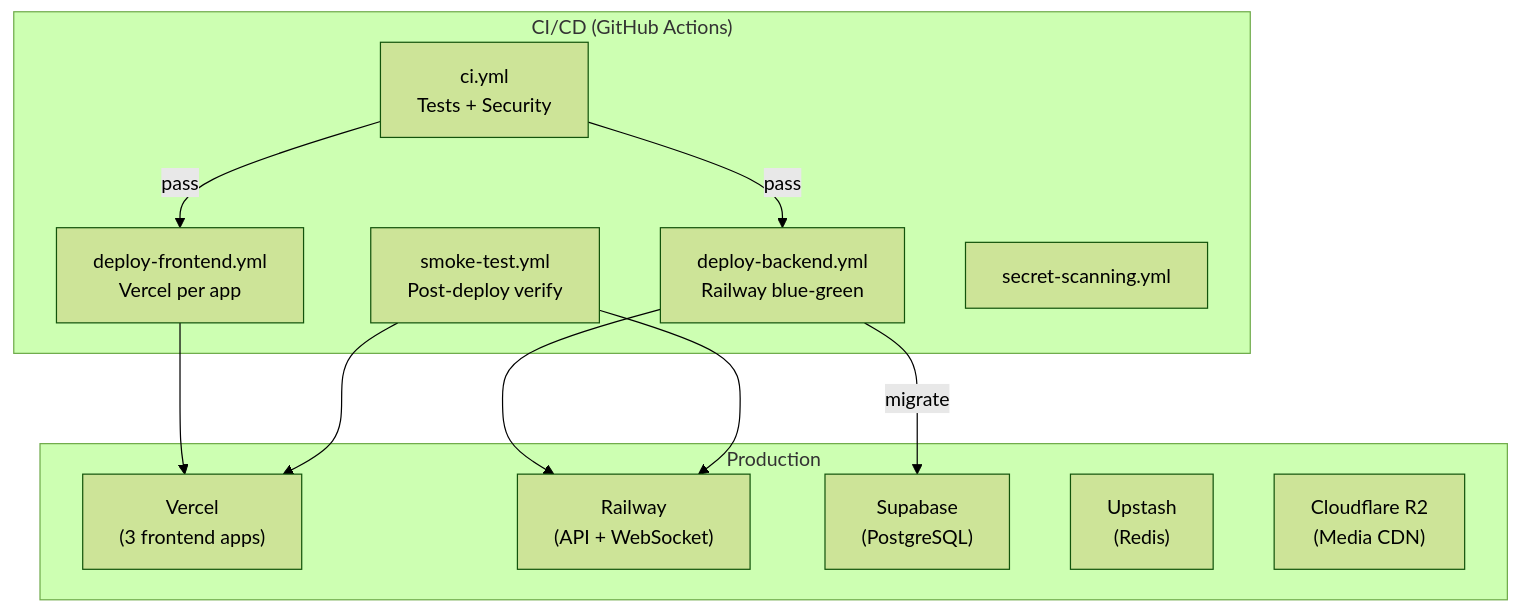
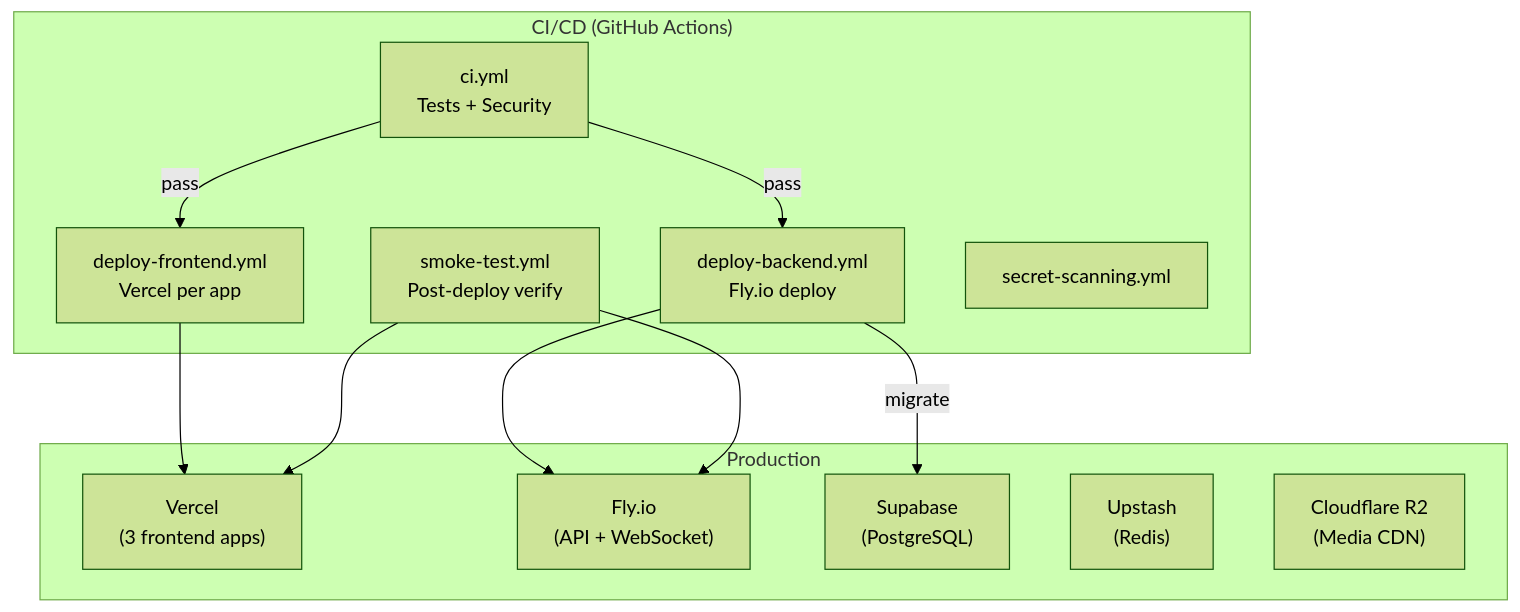
The ninth of 9 diagrams in .agents/summary/architecture.md (maru-story/wedding-ecosystem), drawn with Mermaid (forest theme) before and after one commit. The commit also changed other lines of this file and 12 other files, not shown here.

Commit message:
chore(deploy): migrate deploy workflows, configurations, and documentation from Railway to Fly.io

````diff
--- a/.agents/summary/architecture.md
+++ b/.agents/summary/architecture.md
@@ -202,26 +202,26 @@
 ```mermaid
 graph TB
     subgraph "CI/CD (GitHub Actions)"
         CI["ci.yml<br/>Tests + Security"]
         DF["deploy-frontend.yml<br/>Vercel per app"]
-        DB["deploy-backend.yml<br/>Railway blue-green"]
+        DB["deploy-backend.yml<br/>Fly.io deploy"]
         ST["smoke-test.yml<br/>Post-deploy verify"]
         SS["secret-scanning.yml"]
     end
 
     subgraph "Production"
         Vercel["Vercel<br/>(3 frontend apps)"]
-        Railway["Railway<br/>(API + WebSocket)"]
+        FlyIO["Fly.io<br/>(API + WebSocket)"]
         Supabase["Supabase<br/>(PostgreSQL)"]
         Upstash["Upstash<br/>(Redis)"]
         CF["Cloudflare R2<br/>(Media CDN)"]
     end
 
     CI -->|pass| DF
     CI -->|pass| DB
     DF --> Vercel
-    DB --> Railway
+    DB --> FlyIO
     DB -->|migrate| Supabase
     ST --> Vercel
-    ST --> Railway
+    ST --> FlyIO
 ```
````
